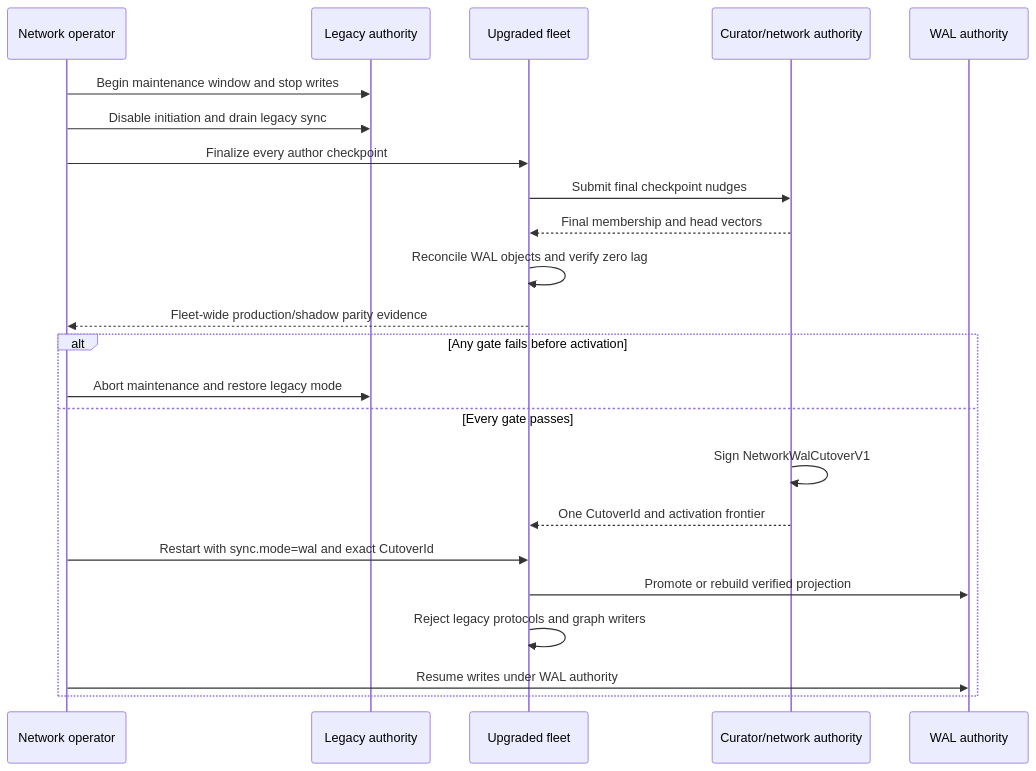
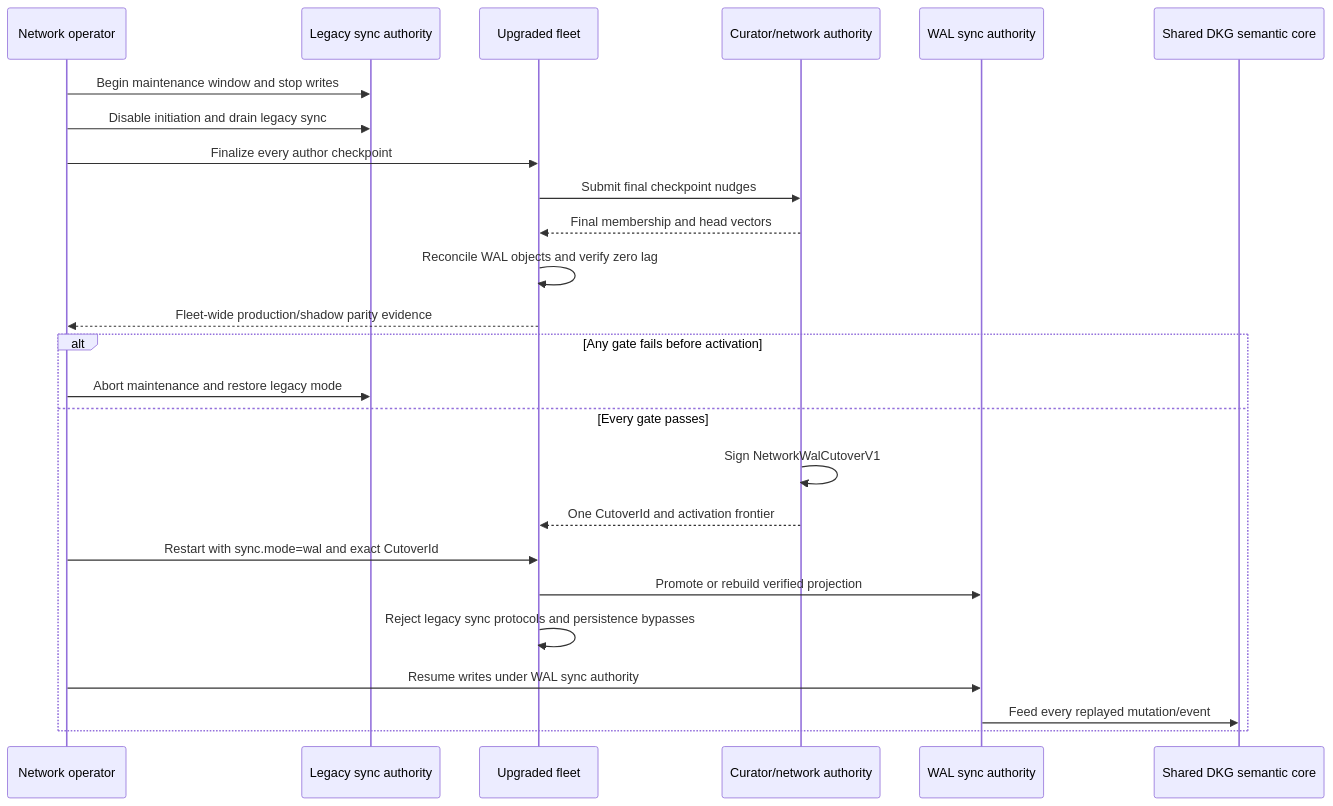
Diagram 12 of 12 in docs/active-now/wal-parallel-protocol-task-pack/OT-RFC-65-wal-byte-set-reconciliation-sync.md (OriginTrail/dkg), drawn with Mermaid before and after one commit. The commit also changed other lines of this file and 32 other files, not shown here.

Commit message:
Enforce one shared DKG semantic core

````diff
--- a/docs/active-now/wal-parallel-protocol-task-pack/OT-RFC-65-wal-byte-set-reconciliation-sync.md
+++ b/docs/active-now/wal-parallel-protocol-task-pack/OT-RFC-65-wal-byte-set-reconciliation-sync.md
@@ -2153,26 +2256,28 @@
 ```mermaid
 sequenceDiagram
     participant O as Network operator
-    participant L as Legacy authority
+    participant L as Legacy sync authority
     participant N as Upgraded fleet
     participant C as Curator/network authority
-    participant W as WAL authority
+    participant W as WAL sync authority
+    participant S as Shared DKG semantic core
 
     O->>L: Begin maintenance window and stop writes
     O->>L: Disable initiation and drain legacy sync
     O->>N: Finalize every author checkpoint
     N->>C: Submit final checkpoint nudges
     C-->>N: Final membership and head vectors
     N->>N: Reconcile WAL objects and verify zero lag
     N-->>O: Fleet-wide production/shadow parity evidence
     alt Any gate fails before activation
         O->>L: Abort maintenance and restore legacy mode
     else Every gate passes
         C->>C: Sign NetworkWalCutoverV1
         C-->>N: One CutoverId and activation frontier
         O->>N: Restart with sync.mode=wal and exact CutoverId
         N->>W: Promote or rebuild verified projection
-        N->>N: Reject legacy protocols and graph writers
-        O->>W: Resume writes under WAL authority
+        N->>N: Reject legacy sync protocols and persistence bypasses
+        O->>W: Resume writes under WAL sync authority
+        W->>S: Feed every replayed mutation/event
     end
 ```
````
